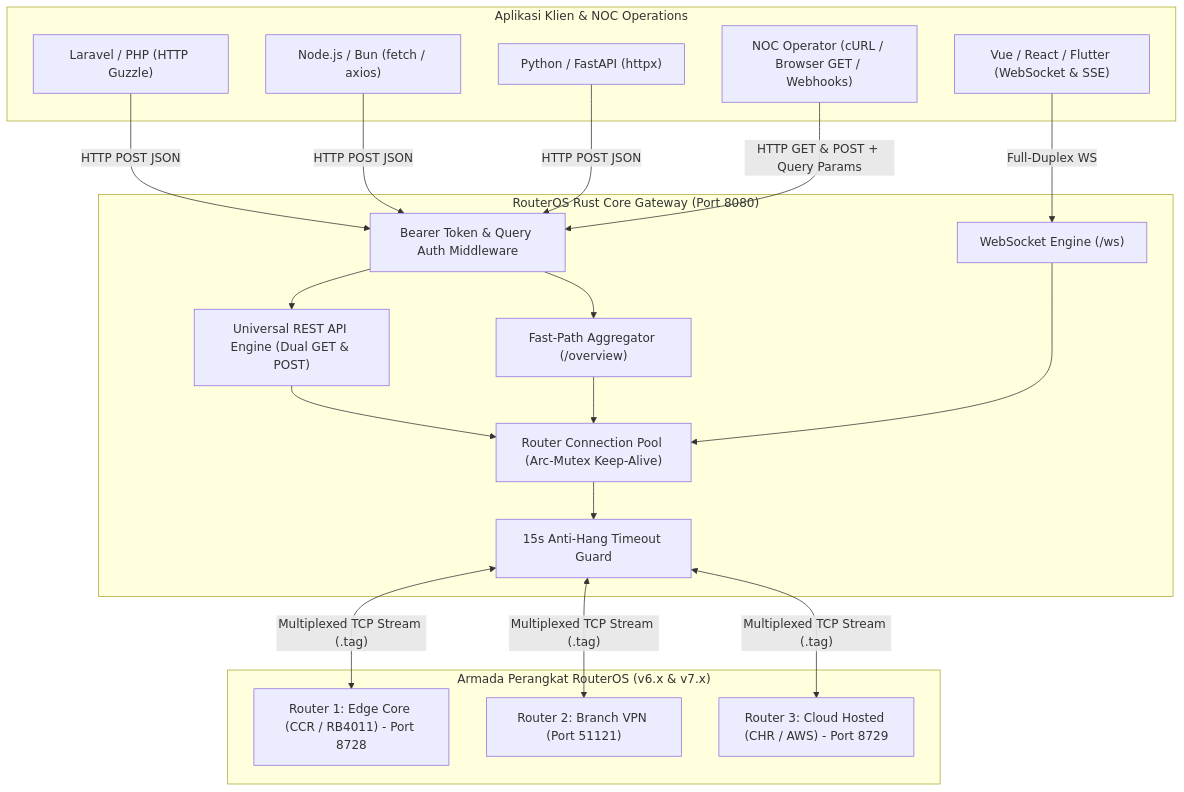
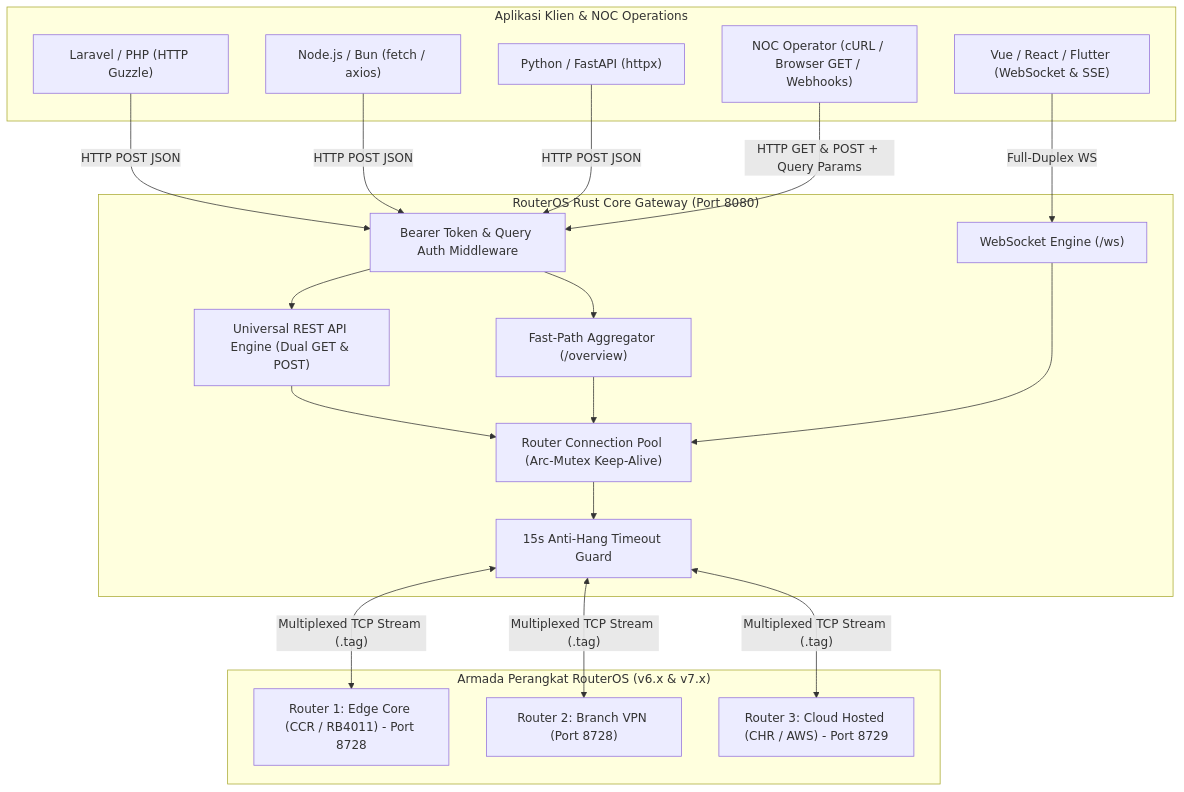
The second of 3 diagrams in docs/01-arsitektur-dan-alur.md (salman-mustapa/mikrotik-service), drawn with Mermaid before and after one commit. The commit also changed 13 other files, not shown here.

Commit message:
chore: purge all hardcoded remote VPN host, port, and test names across docs, UI, and config

````diff
--- a/docs/01-arsitektur-dan-alur.md
+++ b/docs/01-arsitektur-dan-alur.md
@@ -45,42 +45,42 @@
 ```mermaid
 graph TB
     subgraph Clients ["Aplikasi Klien & NOC Operations"]
         LV["Laravel / PHP (HTTP Guzzle)"]
         ND["Node.js / Bun (fetch / axios)"]
         PY["Python / FastAPI (httpx)"]
         VU["Vue / React / Flutter (WebSocket & SSE)"]
         NOC["NOC Operator (cURL / Browser GET / Webhooks)"]
     end
 
     subgraph RustGateway ["RouterOS Rust Core Gateway (Port 8080)"]
         AUTH["Bearer Token & Query Auth Middleware"]
         WS_HANDLER["WebSocket Engine (/ws)"]
         OVERVIEW_HANDLER["Fast-Path Aggregator (/overview)"]
         ROUTER_SLOT["Router Connection Pool (Arc-Mutex Keep-Alive)"]
         HTTP_HANDLER["Universal REST API Engine (Dual GET & POST)"]
         GUARD["15s Anti-Hang Timeout Guard"]
     end
 
     subgraph MikrotikEnv ["Armada Perangkat RouterOS (v6.x & v7.x)"]
         MT1["Router 1: Edge Core (CCR / RB4011) - Port 8728"]
-        MT2["Router 2: Branch VPN (Port 51121)"]
+        MT2["Router 2: Branch VPN (Port 8728)"]
         MT3["Router 3: Cloud Hosted (CHR / AWS) - Port 8729"]
     end
 
     LV -->|"HTTP POST JSON"| AUTH
     ND -->|"HTTP POST JSON"| AUTH
     PY -->|"HTTP POST JSON"| AUTH
     VU -->|"Full-Duplex WS"| WS_HANDLER
     NOC -->|"HTTP GET & POST + Query Params"| AUTH
 
     AUTH --> HTTP_HANDLER
     AUTH --> OVERVIEW_HANDLER
     HTTP_HANDLER --> ROUTER_SLOT
     OVERVIEW_HANDLER --> ROUTER_SLOT
     WS_HANDLER --> ROUTER_SLOT
     ROUTER_SLOT --> GUARD
 
     GUARD <-->|"Multiplexed TCP Stream (.tag)"| MT1
     GUARD <-->|"Multiplexed TCP Stream (.tag)"| MT2
     GUARD <-->|"Multiplexed TCP Stream (.tag)"| MT3
 ```
````
